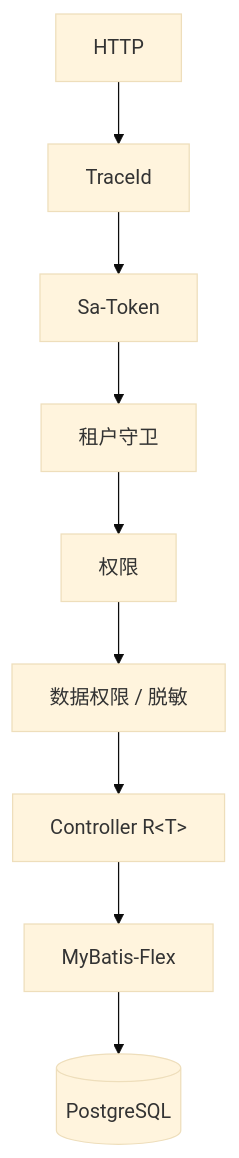
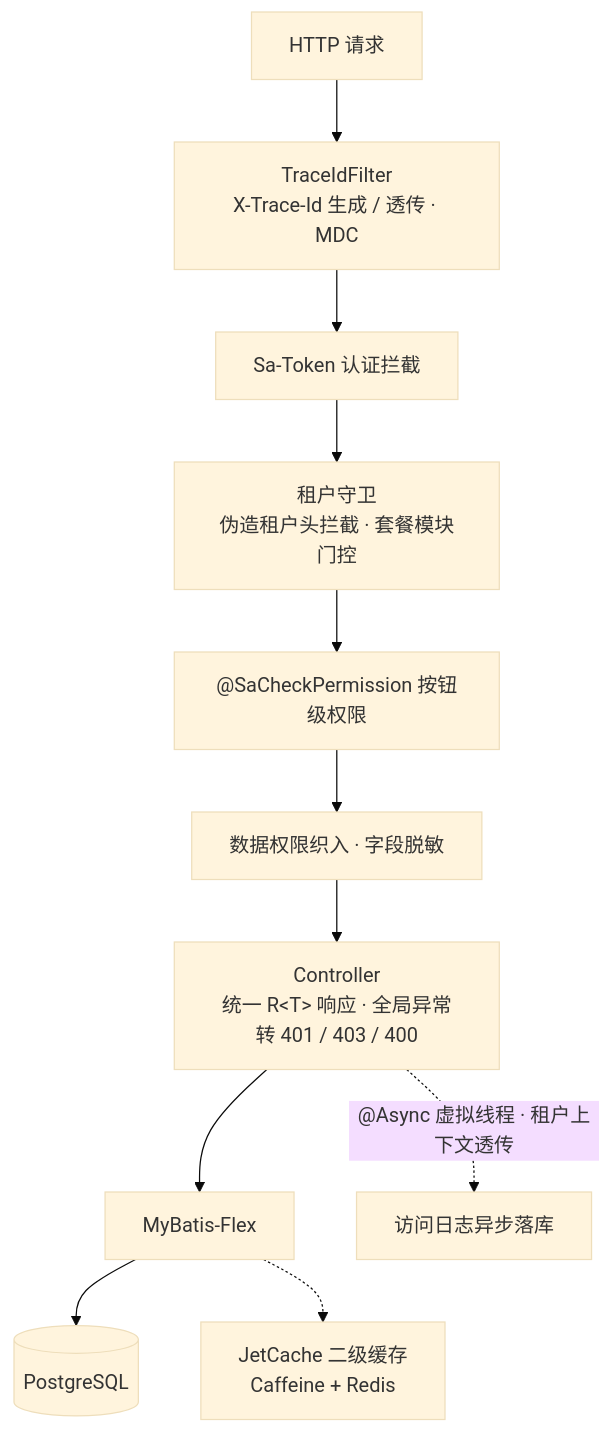
One commit to curdx/mugsun-boot changed the second of 2 diagrams in README.md. Above: the diagram before and after it, drawn with Mermaid (base theme). The commit also changed other lines of this file and 2 other files, not shown here.

````diff
--- a/README.md
+++ b/README.md
@@ -49,11 +59,13 @@
 ```mermaid
 flowchart TB
-    REQ[HTTP] --> TRACE[TraceId]
-    TRACE --> AUTH[Sa-Token]
-    AUTH --> TENANT[租户守卫]
-    TENANT --> PERM[权限]
-    PERM --> DATA[数据权限 / 脱敏]
-    DATA --> CTRL[Controller R&lt;T&gt;]
-    CTRL --> MF[MyBatis-Flex]
-    MF --> PG[(PostgreSQL)]
+    REQ["HTTP 请求"] --> TRACE["TraceIdFilter<br/>X-Trace-Id 生成 / 透传 · MDC"]
+    TRACE --> AUTH["Sa-Token 认证拦截"]
+    AUTH --> TENANT["租户守卫<br/>伪造租户头拦截 · 套餐模块门控"]
+    TENANT --> PERM["@SaCheckPermission 按钮级权限"]
+    PERM --> DATA["数据权限织入 · 字段脱敏"]
+    DATA --> CTRL["Controller<br/>统一 R&lt;T&gt; 响应 · 全局异常转 401 / 403 / 400"]
+    CTRL --> MF["MyBatis-Flex"]
+    MF --> PG[("PostgreSQL")]
+    CTRL -.->|"@Async 虚拟线程 · 租户上下文透传"| LOG["访问日志异步落库"]
+    MF -.-> CACHE["JetCache 二级缓存<br/>Caffeine + Redis"]
 ```
````
